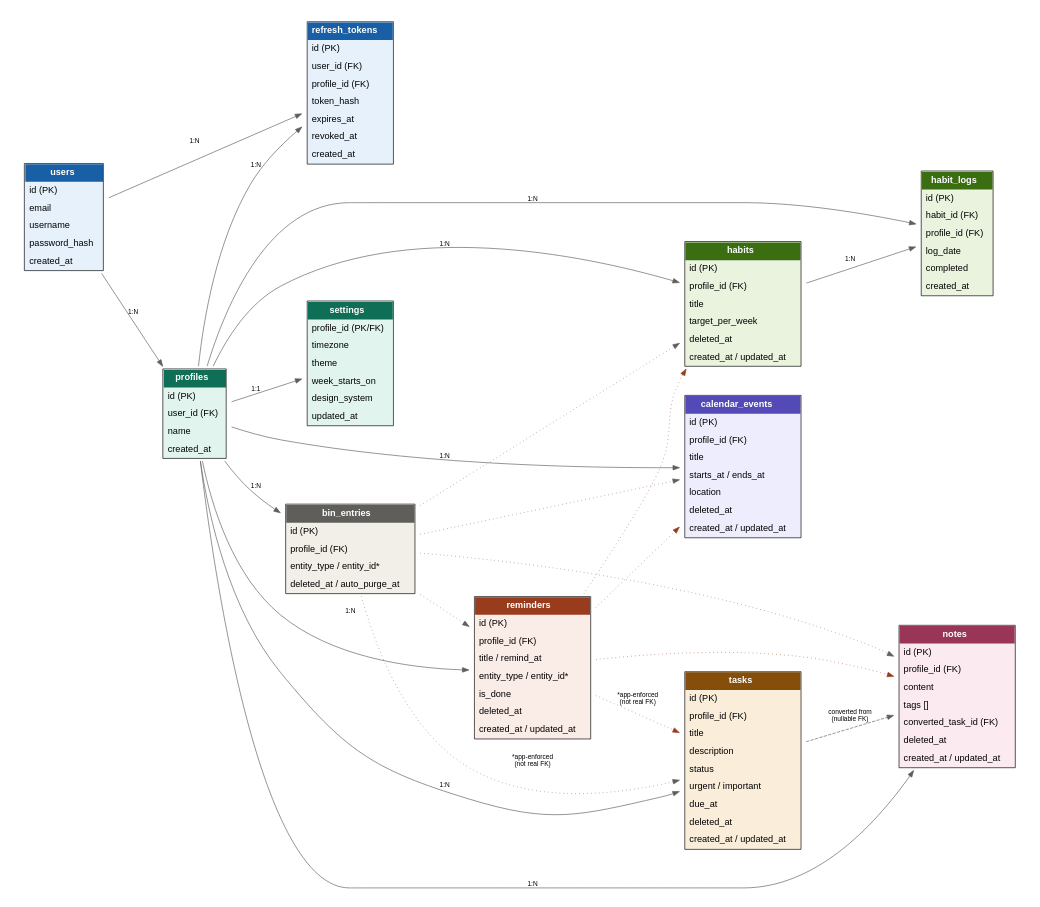
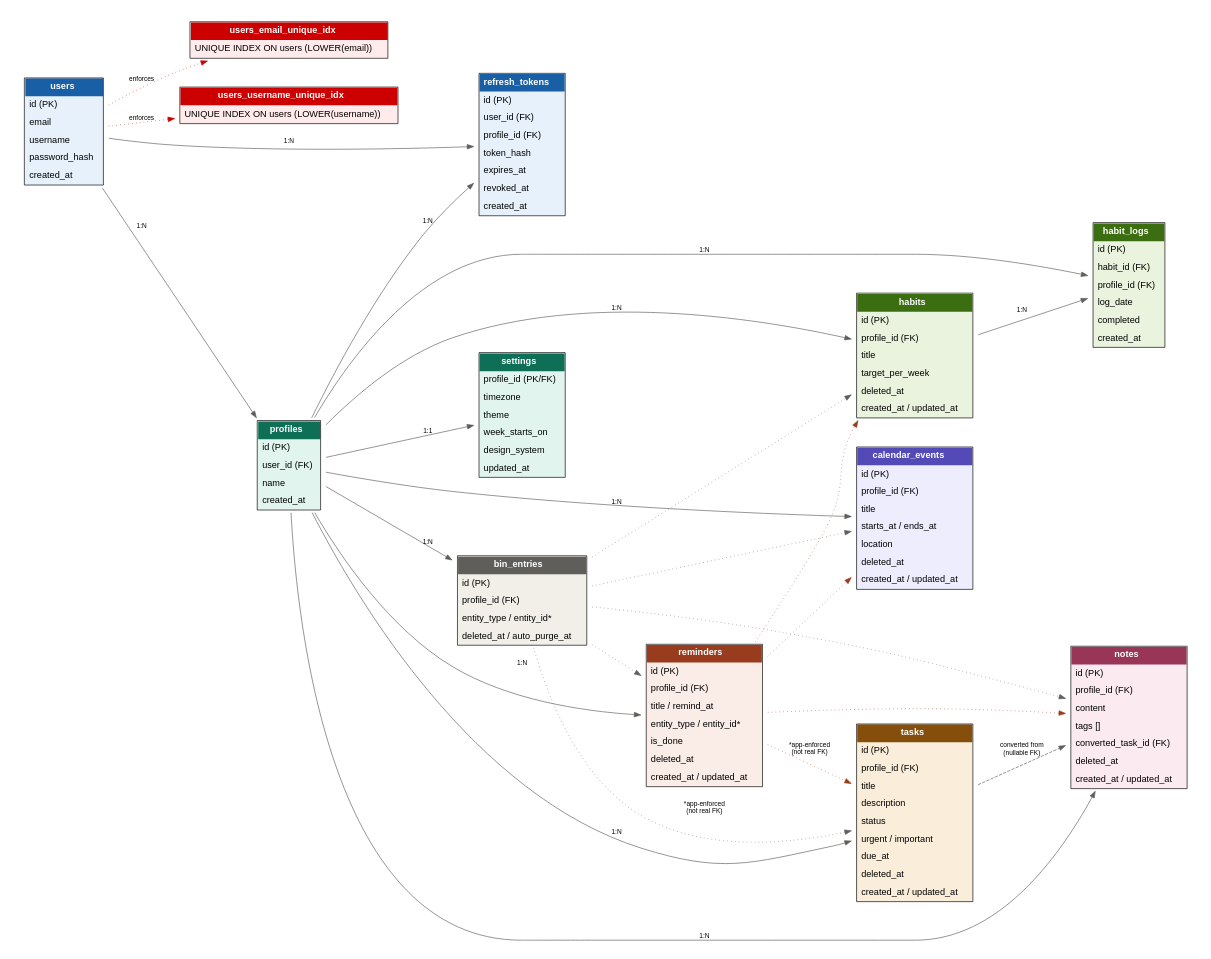
One commit to BhavanathJ/second-brain changed the diagram in db/schema-erd.dot. Above: the diagram before and after it, drawn with Graphviz. The commit also changed 11 other files, not shown here.

First line of the commit message:
feat: replace 6 files with updated auth/schema/mock/test content + update ERD diagrams

```diff
--- a/db/schema-erd.dot
+++ b/db/schema-erd.dot
@@ -1,152 +1,166 @@
 digraph SecondBrainSchema {
   rankdir=LR;
   graph [fontname="Helvetica", bgcolor="white", pad=0.3, nodesep=0.5, ranksep=0.8];
   node [shape=plaintext, fontname="Helvetica"];
   edge [fontname="Helvetica", fontsize=10, color="#5f5e5a"];
 
   users [label=<
     <table border="1" cellborder="0" cellspacing="0" cellpadding="6" bgcolor="#E6F1FB">
       <tr><td bgcolor="#185FA5"><font color="white"><b>users</b></font></td></tr>
       <tr><td align="left">id (PK)</td></tr>
       <tr><td align="left">email</td></tr>
       <tr><td align="left">username</td></tr>
       <tr><td align="left">password_hash</td></tr>
       <tr><td align="left">created_at</td></tr>
+    </table>>];
+
+  users_email_unique_idx [label=<
+    <table border="1" cellborder="0" cellspacing="0" cellpadding="6" bgcolor="#FFEBEB">
+      <tr><td bgcolor="#CC0000"><font color="white"><b>users_email_unique_idx</b></font></td></tr>
+      <tr><td align="left">UNIQUE INDEX ON users (LOWER(email))</td></tr>
+    </table>>];
+
+  users_username_unique_idx [label=<
+    <table border="1" cellborder="0" cellspacing="0" cellpadding="6" bgcolor="#FFEBEB">
+      <tr><td bgcolor="#CC0000"><font color="white"><b>users_username_unique_idx</b></font></td></tr>
+      <tr><td align="left">UNIQUE INDEX ON users (LOWER(username))</td></tr>
     </table>>];
 
   profiles [label=<
     <table border="1" cellborder="0" cellspacing="0" cellpadding="6" bgcolor="#E1F5EE">
       <tr><td bgcolor="#0F6E56"><font color="white"><b>profiles</b></font></td></tr>
       <tr><td align="left">id (PK)</td></tr>
       <tr><td align="left">user_id (FK)</td></tr>
       <tr><td align="left">name</td></tr>
       <tr><td align="left">created_at</td></tr>
     </table>>];
 
   refresh_tokens [label=<
     <table border="1" cellborder="0" cellspacing="0" cellpadding="6" bgcolor="#E6F1FB">
       <tr><td bgcolor="#185FA5"><font color="white"><b>refresh_tokens</b></font></td></tr>
       <tr><td align="left">id (PK)</td></tr>
       <tr><td align="left">user_id (FK)</td></tr>
       <tr><td align="left">profile_id (FK)</td></tr>
       <tr><td align="left">token_hash</td></tr>
       <tr><td align="left">expires_at</td></tr>
       <tr><td align="left">revoked_at</td></tr>
       <tr><td align="left">created_at</td></tr>
     </table>>];
 
   settings [label=<
     <table border="1" cellborder="0" cellspacing="0" cellpadding="6" bgcolor="#E1F5EE">
       <tr><td bgcolor="#0F6E56"><font color="white"><b>settings</b></font></td></tr>
       <tr><td align="left">profile_id (PK/FK)</td></tr>
       <tr><td align="left">timezone</td></tr>
       <tr><td align="left">theme</td></tr>
       <tr><td align="left">week_starts_on</td></tr>
       <tr><td align="left">design_system</td></tr>
       <tr><td align="left">updated_at</td></tr>
     </table>>];
 
   tasks [label=<
     <table border="1" cellborder="0" cellspacing="0" cellpadding="6" bgcolor="#FAEEDA">
       <tr><td bgcolor="#854F0B"><font color="white"><b>tasks</b></font></td></tr>
       <tr><td align="left">id (PK)</td></tr>
       <tr><td align="left">profile_id (FK)</td></tr>
       <tr><td align="left">title</td></tr>
       <tr><td align="left">description</td></tr>
       <tr><td align="left">status</td></tr>
       <tr><td align="left">urgent / important</td></tr>
       <tr><td align="left">due_at</td></tr>
       <tr><td align="left">deleted_at</td></tr>
       <tr><td align="left">created_at / updated_at</td></tr>
     </table>>];
 
   notes [label=<
     <table border="1" cellborder="0" cellspacing="0" cellpadding="6" bgcolor="#FBEAF0">
       <tr><td bgcolor="#993556"><font color="white"><b>notes</b></font></td></tr>
       <tr><td align="left">id (PK)</td></tr>
       <tr><td align="left">profile_id (FK)</td></tr>
       <tr><td align="left">content</td></tr>
       <tr><td align="left">tags []</td></tr>
       <tr><td align="left">converted_task_id (FK)</td></tr>
       <tr><td align="left">deleted_at</td></tr>
       <tr><td align="left">created_at / updated_at</td></tr>
     </table>>];
 
   habits [label=<
     <table border="1" cellborder="0" cellspacing="0" cellpadding="6" bgcolor="#EAF3DE">
       <tr><td bgcolor="#3B6D11"><font color="white"><b>habits</b></font></td></tr>
       <tr><td align="left">id (PK)</td></tr>
       <tr><td align="left">profile_id (FK)</td></tr>
       <tr><td align="left">title</td></tr>
       <tr><td align="left">target_per_week</td></tr>
       <tr><td align="left">deleted_at</td></tr>
       <tr><td align="left">created_at / updated_at</td></tr>
     </table>>];
 
   habit_logs [label=<
     <table border="1" cellborder="0" cellspacing="0" cellpadding="6" bgcolor="#EAF3DE">
       <tr><td bgcolor="#3B6D11"><font color="white"><b>habit_logs</b></font></td></tr>
       <tr><td align="left">id (PK)</td></tr>
       <tr><td align="left">habit_id (FK)</td></tr>
       <tr><td align="left">profile_id (FK)</td></tr>
       <tr><td align="left">log_date</td></tr>
       <tr><td align="left">completed</td></tr>
       <tr><td align="left">created_at</td></tr>
     </table>>];
 
   calendar_events [label=<
     <table border="1" cellborder="0" cellspacing="0" cellpadding="6" bgcolor="#EEEDFE">
       <tr><td bgcolor="#534AB7"><font color="white"><b>calendar_events</b></font></td></tr>
       <tr><td align="left">id (PK)</td></tr>
       <tr><td align="left">profile_id (FK)</td></tr>
       <tr><td align="left">title</td></tr>
       <tr><td align="left">starts_at / ends_at</td></tr>
       <tr><td align="left">location</td></tr>
       <tr><td align="left">deleted_at</td></tr>
       <tr><td align="left">created_at / updated_at</td></tr>
     </table>>];
 
   reminders [label=<
     <table border="1" cellborder="0" cellspacing="0" cellpadding="6" bgcolor="#FAECE7">
       <tr><td bgcolor="#993C1D"><font color="white"><b>reminders</b></font></td></tr>
       <tr><td align="left">id (PK)</td></tr>
       <tr><td align="left">profile_id (FK)</td></tr>
       <tr><td align="left">title / remind_at</td></tr>
       <tr><td align="left">entity_type / entity_id*</td></tr>
       <tr><td align="left">is_done</td></tr>
       <tr><td align="left">deleted_at</td></tr>
       <tr><td align="left">created_at / updated_at</td></tr>
     </table>>];
 
   bin_entries [label=<
     <table border="1" cellborder="0" cellspacing="0" cellpadding="6" bgcolor="#F1EFE8">
       <tr><td bgcolor="#5F5E5A"><font color="white"><b>bin_entries</b></font></td></tr>
       <tr><td align="left">id (PK)</td></tr>
       <tr><td align="left">profile_id (FK)</td></tr>
       <tr><td align="left">entity_type / entity_id*</td></tr>
       <tr><td align="left">deleted_at / auto_purge_at</td></tr>
     </table>>];
 
   users -> profiles [label="1:N"];
+  users -> users_email_unique_idx [style=dotted color="#CC0000" label="enforces"];
+  users -> users_username_unique_idx [style=dotted color="#CC0000" label="enforces"];
   users -> refresh_tokens [label="1:N"];
   profiles -> refresh_tokens [label="1:N"];
   profiles -> settings [label="1:1"];
   profiles -> tasks [label="1:N"];
   profiles -> notes [label="1:N"];
   profiles -> habits [label="1:N"];
   profiles -> habit_logs [label="1:N"];
   profiles -> calendar_events [label="1:N"];
   profiles -> reminders [label="1:N"];
   profiles -> bin_entries [label="1:N"];
   tasks -> notes [label="converted from\n(nullable FK)" style=dashed];
   habits -> habit_logs [label="1:N"];
   reminders -> tasks [label="*app-enforced\n(not real FK)" style=dotted color="#993C1D"];
   reminders -> habits [style=dotted color="#993C1D"];
   reminders -> calendar_events [style=dotted color="#993C1D"];
   reminders -> notes [style=dotted color="#993C1D"];
   bin_entries -> tasks [label="*app-enforced\n(not real FK)" style=dotted color="#5F5E5A"];
   bin_entries -> notes [style=dotted color="#5F5E5A"];
   bin_entries -> habits [style=dotted color="#5F5E5A"];
   bin_entries -> calendar_events [style=dotted color="#5F5E5A"];
   bin_entries -> reminders [style=dotted color="#5F5E5A"];
 }
```
